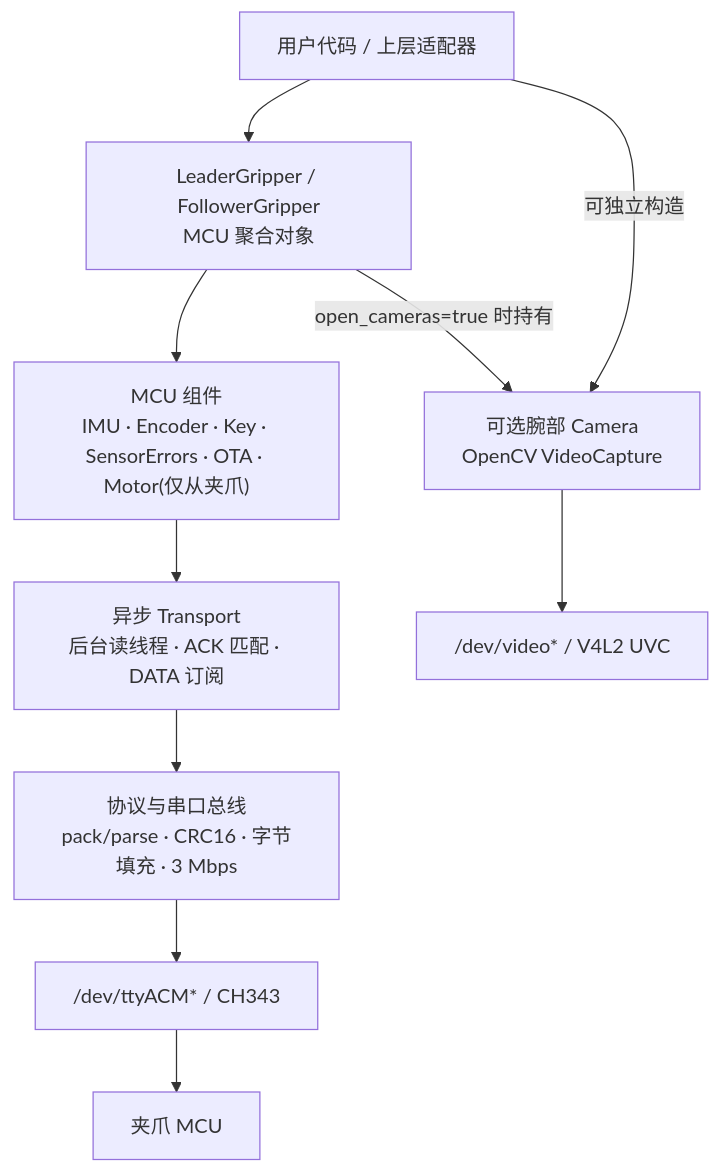
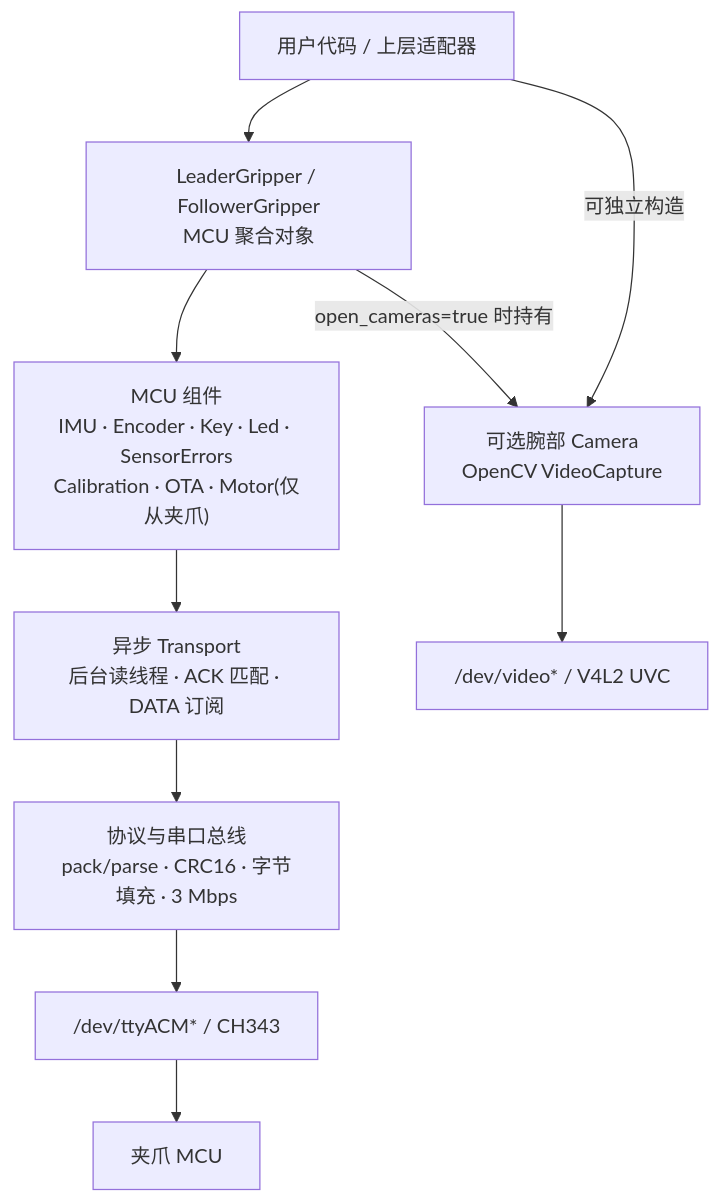
One commit to Vertax42/taccap-gripper-docs changed the diagram in docs/sdk-overview.md. Above: the diagram before and after it, drawn with Mermaid. The commit also changed other lines of this file and 1 other file, not shown here.

````diff
--- a/docs/sdk-overview.md
+++ b/docs/sdk-overview.md
@@ -17,13 +19,13 @@
 ```mermaid
 flowchart TB
     U["用户代码 / 上层适配器"] --> AGG["LeaderGripper / FollowerGripper<br/>MCU 聚合对象"]
-    AGG --> COMP["MCU 组件<br/>IMU · Encoder · Key · SensorErrors · OTA · Motor(仅从夹爪)"]
+    AGG --> COMP["MCU 组件<br/>IMU · Encoder · Key · Led · SensorErrors<br/>Calibration · OTA · Motor(仅从夹爪)"]
     COMP --> TX["异步 Transport<br/>后台读线程 · ACK 匹配 · DATA 订阅"]
     TX --> PROTO["协议与串口总线<br/>pack/parse · CRC16 · 字节填充 · 3 Mbps"]
     PROTO --> SERIAL["/dev/ttyACM* / CH343"]
     SERIAL --> MCU["夹爪 MCU"]
 
     U -->|可独立构造| CAM["可选腕部 Camera<br/>OpenCV VideoCapture"]
     AGG -->|open_cameras=true 时持有| CAM
     CAM --> VIDEO["/dev/video* / V4L2 UVC"]
 ```
````
